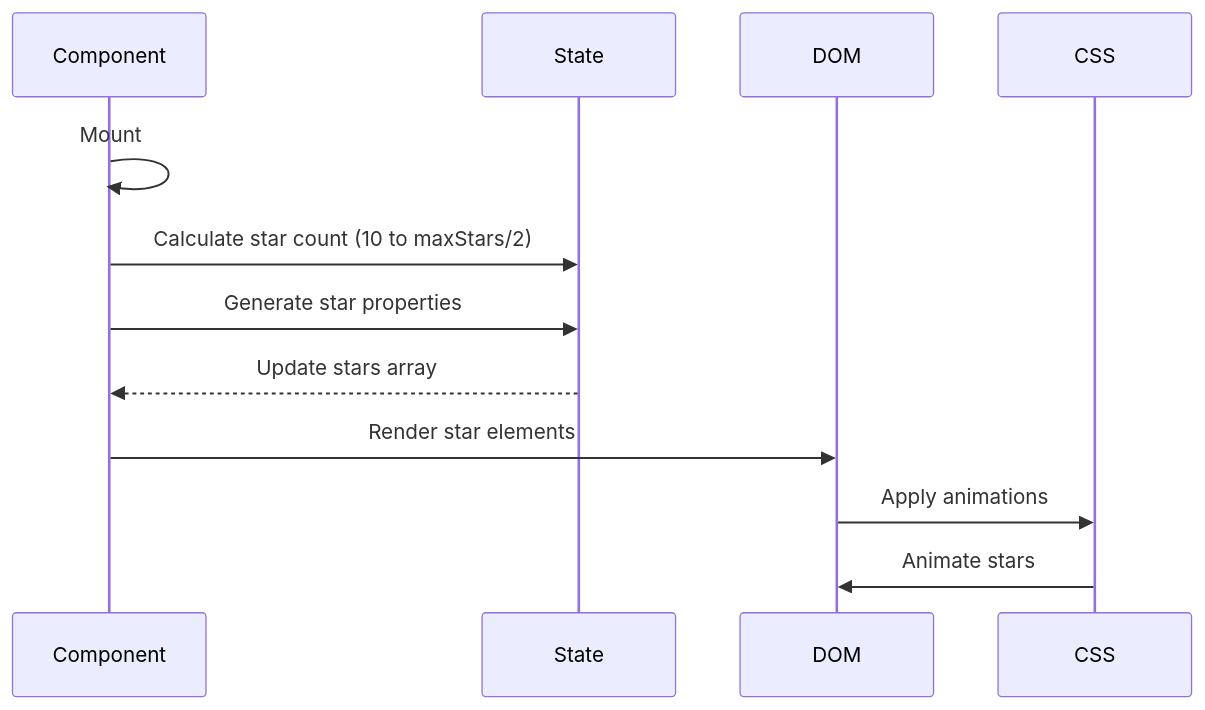
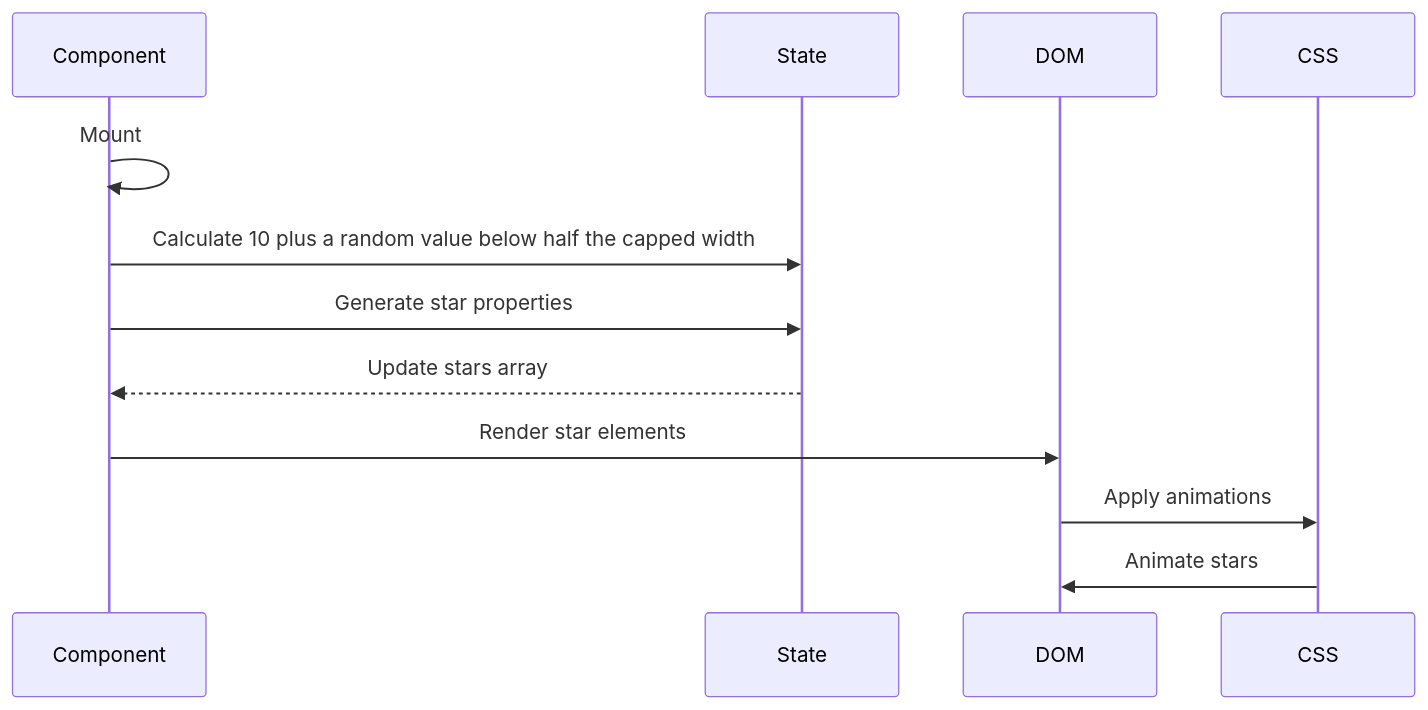
Before and after one commit to AlexJSully/AlexJSully-Portfolio: the third of 4 diagrams in docs/architecture/components/stars.md, drawn with Mermaid. The commit also changed other lines of this file and 68 other files, not shown here.

````diff
--- a/docs/architecture/components/stars.md
+++ b/docs/architecture/components/stars.md
@@ -91,17 +104,21 @@
 ```mermaid
 sequenceDiagram
     accTitle: StarsBackground Mount and Rendering Sequence
-    accDescr: On mount, component calculates star count, generates star properties, updates state, renders elements, and applies CSS animations
+    accDescr {
+        Component mounts and asks State to calculate a count from the capped viewport width and generate star properties.
+        State returns the star array to Component. Component renders the star elements in DOM, DOM applies CSS animations,
+        and CSS animates the stars in DOM.
+    }
     participant Component
     participant State
     participant DOM
     participant CSS
 
     Component->>Component: Mount
-    Component->>State: Calculate star count (10 to maxStars/2)
+    Component->>State: Calculate 10 plus a random value below half the capped width
     Component->>State: Generate star properties
     State-->>Component: Update stars array
     Component->>DOM: Render star elements
     DOM->>CSS: Apply animations
     CSS->>DOM: Animate stars
 ```
````
